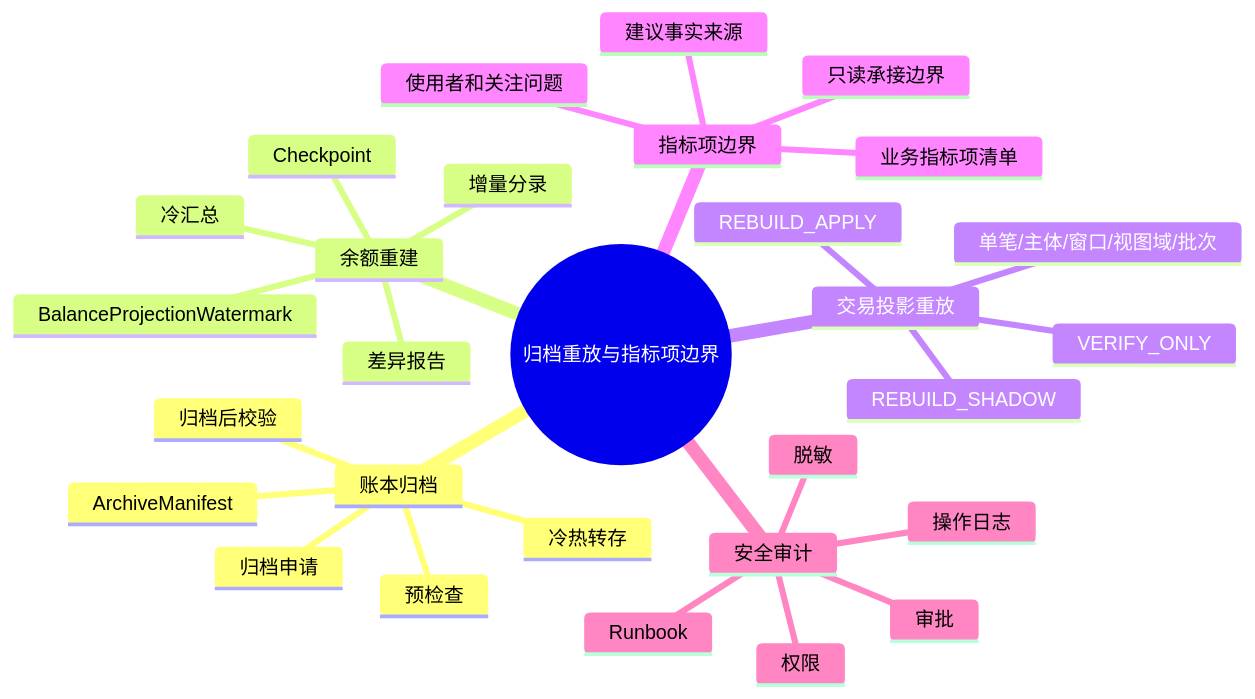
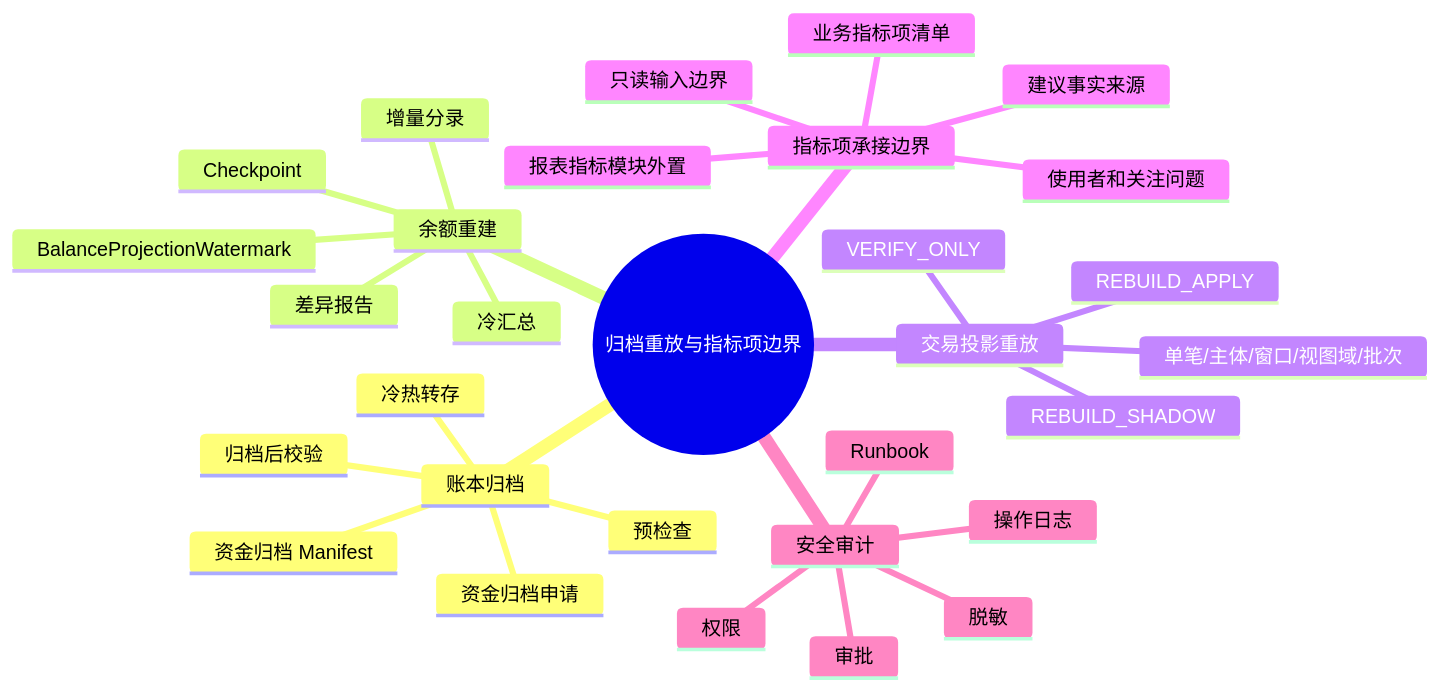
Before and after one commit to fengwuxp/wind-funds: the second of 7 diagrams in docs/系分设计/04-归档重放与指标治理系分设计.md, drawn with Mermaid. The commit also changed other lines of this file and 69 other files, not shown here.

````diff
--- a/docs/系分设计/04-归档重放与指标治理系分设计.md
+++ b/docs/系分设计/04-归档重放与指标治理系分设计.md
@@ -47,32 +134,33 @@
 ```mermaid
 mindmap
   root((归档重放与指标项边界))
     账本归档
-      归档申请
+      资金归档申请
       预检查
-      ArchiveManifest
+      资金归档 Manifest
       冷热转存
       归档后校验
     余额重建
       BalanceProjectionWatermark
       Checkpoint
       冷汇总
       增量分录
       差异报告
     交易投影重放
       VERIFY_ONLY
       REBUILD_SHADOW
       REBUILD_APPLY
       单笔/主体/窗口/视图域/批次
-    指标项边界
+    指标项承接边界
       业务指标项清单
       使用者和关注问题
       建议事实来源
-      只读承接边界
+      只读输入边界
+      报表指标模块外置
     安全审计
       权限
       审批
       脱敏
       操作日志
       Runbook
 ```
````
